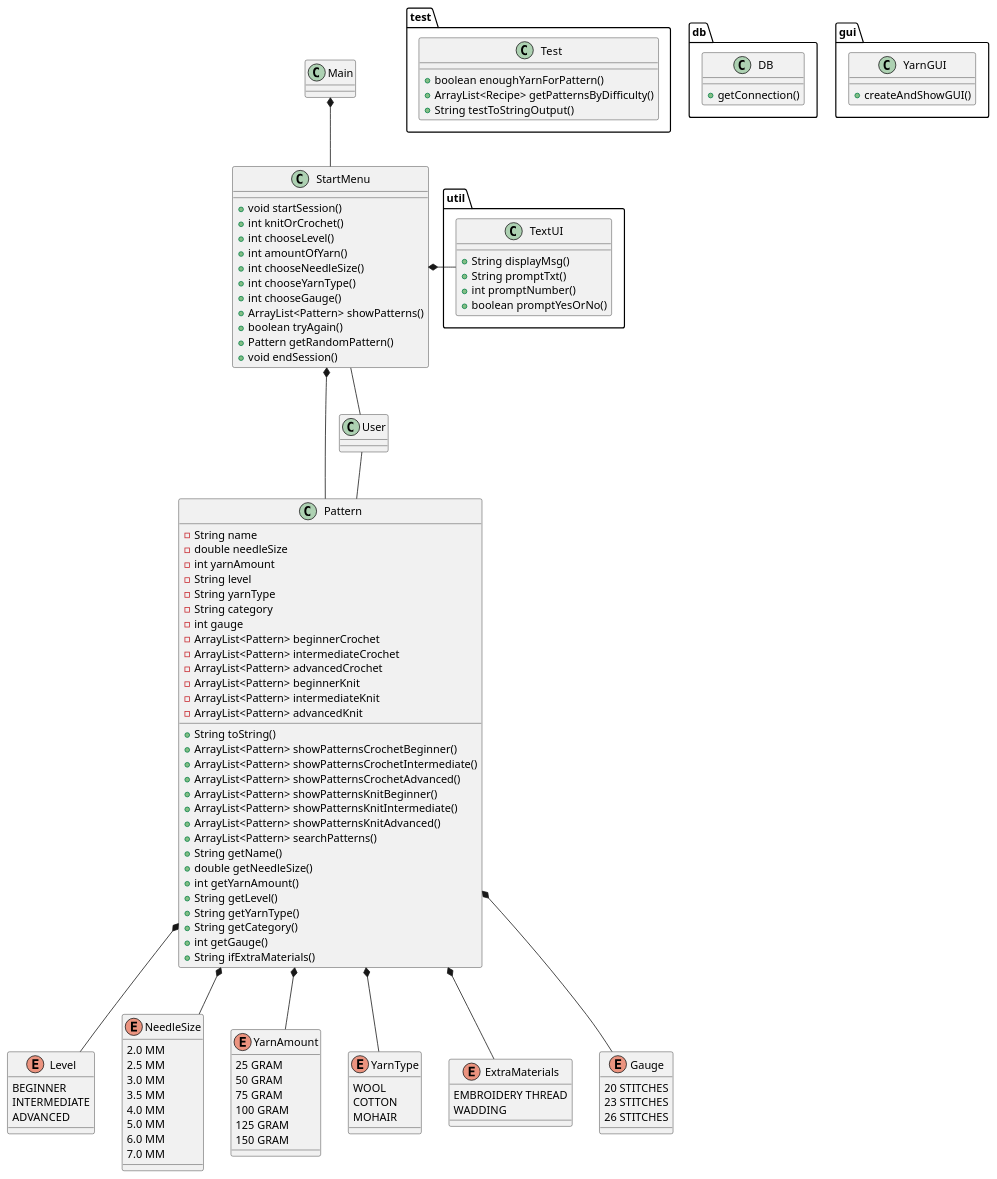
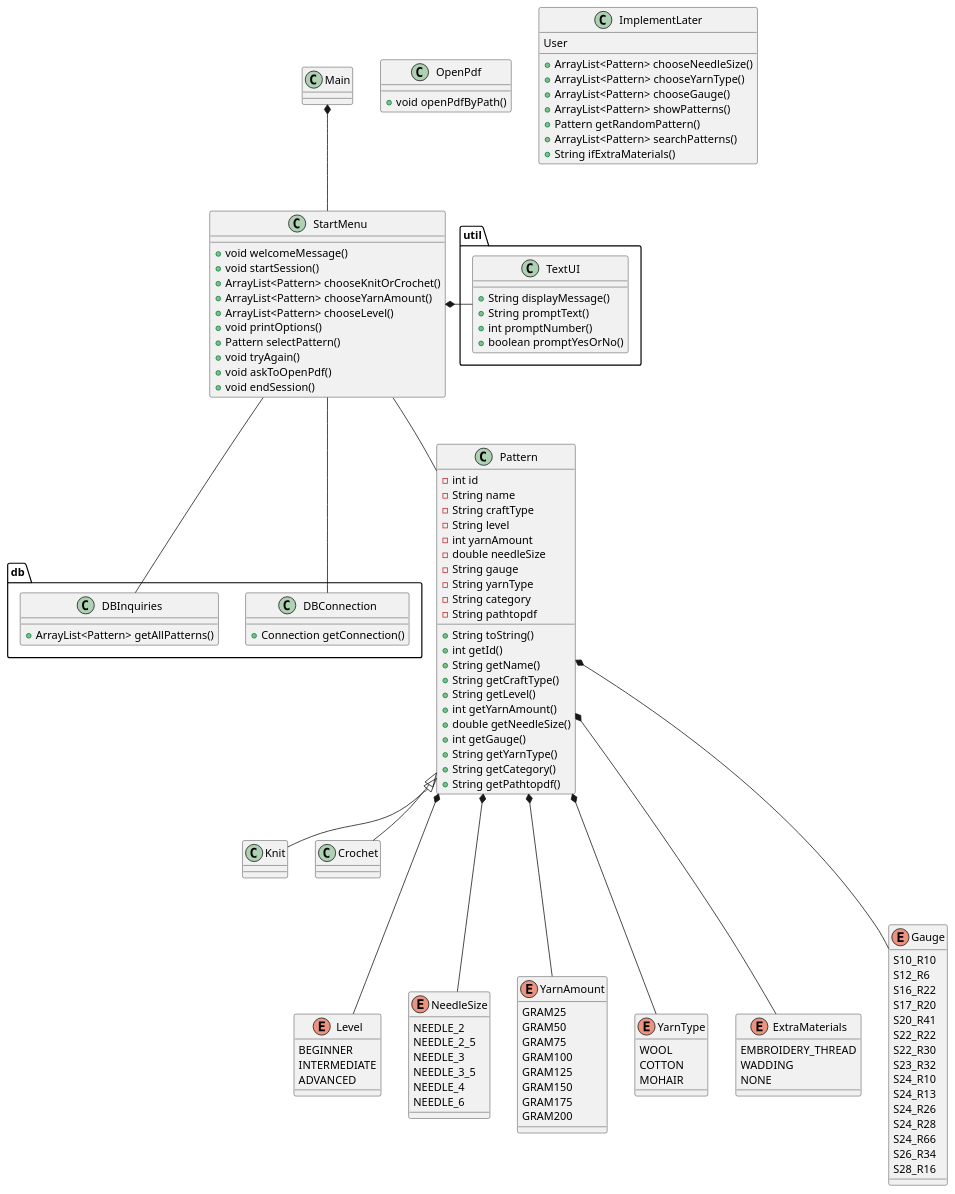
The diagram in uml/classDiagram.puml (KatarinaKN/ScrapYarn), drawn with PlantUML before and after one commit. The commit also changed 2 other files, not shown here.

Commit message:
ClassDiagram update

```diff
--- a/uml/classDiagram.puml
+++ b/uml/classDiagram.puml
@@ -1,136 +1,153 @@
     @startuml
 'https://plantuml.com/class-diagram
 
 class Main
 
 class StartMenu {
++ void welcomeMessage()
 + void startSession()
-+ int knitOrCrochet()
-+ int chooseLevel()
-+ int amountOfYarn()
-+ int chooseNeedleSize()
-+ int chooseYarnType()
-+ int chooseGauge()
-+ ArrayList<Pattern> showPatterns()
-+ boolean tryAgain()
-+ Pattern getRandomPattern()
++ ArrayList<Pattern> chooseKnitOrCrochet()
++ ArrayList<Pattern> chooseYarnAmount()
++ ArrayList<Pattern> chooseLevel()
++ void printOptions()
++ Pattern selectPattern()
++ void tryAgain()
++ void askToOpenPdf()
 + void endSession()
 }
 
 class Pattern {
+- int id
 - String name
+- String craftType
+- String level
+- int yarnAmount
 - double needleSize
-- int yarnAmount
-- String level
+- String gauge
 - String yarnType
 - String category
-- int gauge
-- ArrayList<Pattern> beginnerCrochet
-- ArrayList<Pattern> intermediateCrochet
-- ArrayList<Pattern> advancedCrochet
-- ArrayList<Pattern> beginnerKnit
-- ArrayList<Pattern> intermediateKnit
-- ArrayList<Pattern> advancedKnit
+- String pathtopdf
 + String toString()
-+ ArrayList<Pattern> showPatternsCrochetBeginner()
-+ ArrayList<Pattern> showPatternsCrochetIntermediate()
-+ ArrayList<Pattern> showPatternsCrochetAdvanced()
-+ ArrayList<Pattern> showPatternsKnitBeginner()
-+ ArrayList<Pattern> showPatternsKnitIntermediate()
-+ ArrayList<Pattern> showPatternsKnitAdvanced()
-+ ArrayList<Pattern> searchPatterns()
++ int getId()
 + String getName()
++ String getCraftType()
++ String getLevel()
++ int getYarnAmount()
 + double getNeedleSize()
-+ int getYarnAmount()
-+ String getLevel()
++ int getGauge()
 + String getYarnType()
 + String getCategory()
-+ int getGauge()
-+ String ifExtraMaterials()
++ String getPathtopdf()
 }
 
-package test {
-class Test {
-+ boolean enoughYarnForPattern()
-+ ArrayList<Recipe> getPatternsByDifficulty()
-+ String testToStringOutput()
+class Knit {
 }
+
+class Crochet {
+}
+
+class OpenPdf {
++ void openPdfByPath()
 }
 
 package util {
 class TextUI {
-+ String displayMsg()
-+ String promptTxt()
++ String displayMessage()
++ String promptText()
 + int promptNumber()
 + boolean promptYesOrNo()
 }
 }
 
 package db {
-class DB {
-+ getConnection()
+class DBConnection {
++ Connection getConnection()
+}
+
+class DBInquiries {
++ ArrayList<Pattern> getAllPatterns()
 }
 }
 
-package gui {
-class YarnGUI {
-+ createAndShowGUI()
-}
+class ImplementLater {
+User
++ ArrayList<Pattern> chooseNeedleSize()
++ ArrayList<Pattern> chooseYarnType()
++ ArrayList<Pattern> chooseGauge()
++ ArrayList<Pattern> showPatterns()
++ Pattern getRandomPattern()
++ ArrayList<Pattern> searchPatterns()
++ String ifExtraMaterials()
 }
 
 Main *-- StartMenu
-StartMenu -- User
-User -- Pattern
-StartMenu *-- Pattern
-Pattern *-- Level
-Pattern *-- NeedleSize
-Pattern *-- YarnAmount
-Pattern *-- YarnType
-Pattern *-- ExtraMaterials
-Pattern *-- Gauge
+StartMenu -- Pattern
+Pattern *--- Level
+Pattern *--- NeedleSize
+Pattern *--- YarnAmount
+Pattern *--- YarnType
+Pattern *--- ExtraMaterials
+Pattern *--- Gauge
 StartMenu *- TextUI
+Pattern <|-- Knit
+Pattern <|-- Crochet
+StartMenu - DBConnection
+StartMenu -- DBInquiries
 
 enum Level {
 BEGINNER
 INTERMEDIATE
 ADVANCED
 }
 
 enum NeedleSize {
-2.0 MM
-2.5 MM
-3.0 MM
-3.5 MM
-4.0 MM
-5.0 MM
-6.0 MM
-7.0 MM
+NEEDLE_2
+NEEDLE_2_5
+NEEDLE_3
+NEEDLE_3_5
+NEEDLE_4
+NEEDLE_6
 }
 
 enum YarnAmount {
-25 GRAM
-50 GRAM
-75 GRAM
-100 GRAM
-125 GRAM
-150 GRAM
+GRAM25
+GRAM50
+GRAM75
+GRAM100
+GRAM125
+GRAM150
+GRAM175
+GRAM200
 }
 
 enum YarnType {
 WOOL
 COTTON
 MOHAIR
 }
 
 enum ExtraMaterials {
-EMBROIDERY THREAD
+EMBROIDERY_THREAD
 WADDING
+NONE
 }
 
 enum Gauge {
-20 STITCHES
-23 STITCHES
-26 STITCHES
+S10_R10
+S12_R6
+S16_R22
+S17_R20
+S20_R41
+S22_R22
+S22_R30
+S23_R32
+S24_R10
+S24_R13
+S24_R26
+S24_R28
+S24_R66
+S26_R34
+S28_R16
 }
 
 @enduml
```
